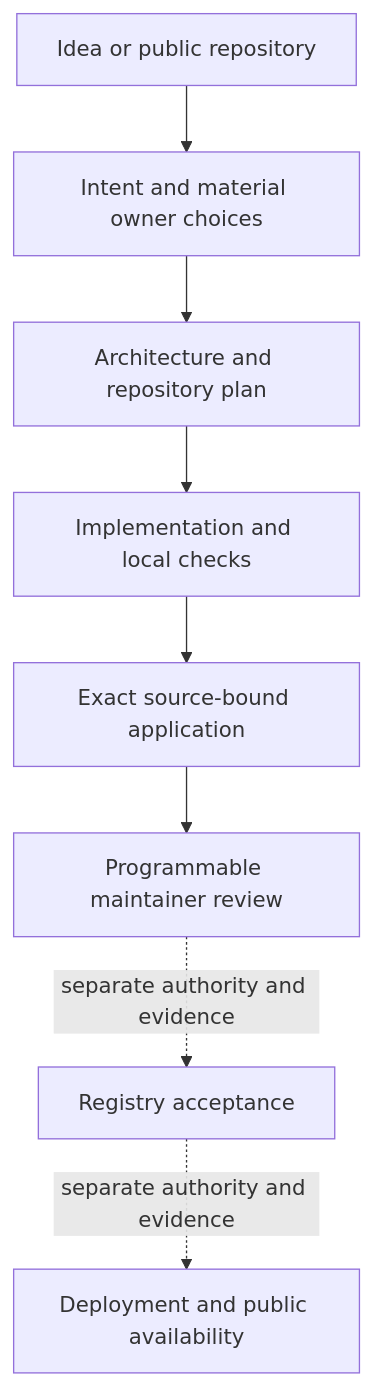
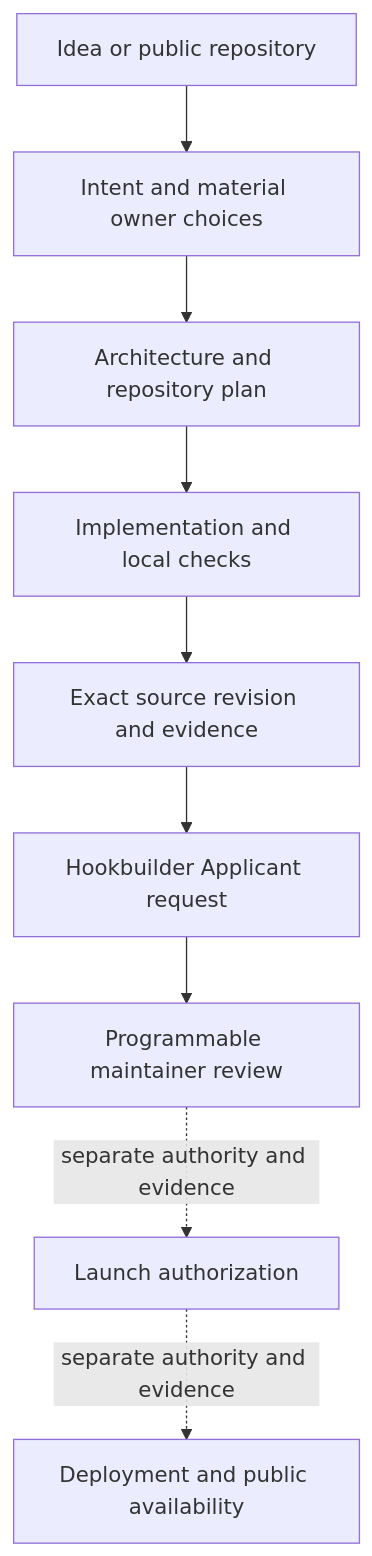
One commit to 0xprogrammable/hookbuilder changed the diagram in README.md. Above: the diagram before and after it, drawn with Mermaid. The commit also changed other lines of this file and 34 other files, not shown here.

````diff
--- a/README.md
+++ b/README.md
@@ -93,10 +93,11 @@
 ```mermaid
 flowchart TD
   A["Idea or public repository"] --> B["Intent and material owner choices"]
   B --> C["Architecture and repository plan"]
   C --> D["Implementation and local checks"]
-  D --> E["Exact source-bound application"]
-  E --> F["Programmable maintainer review"]
-  F -. "separate authority and evidence" .-> G["Registry acceptance"]
+  D --> E["Exact source revision and evidence"]
+  E --> R["Hookbuilder Applicant request"]
+  R --> F["Programmable maintainer review"]
+  F -. "separate authority and evidence" .-> G["Launch authorization"]
   G -. "separate authority and evidence" .-> H["Deployment and public availability"]
 ```
````
